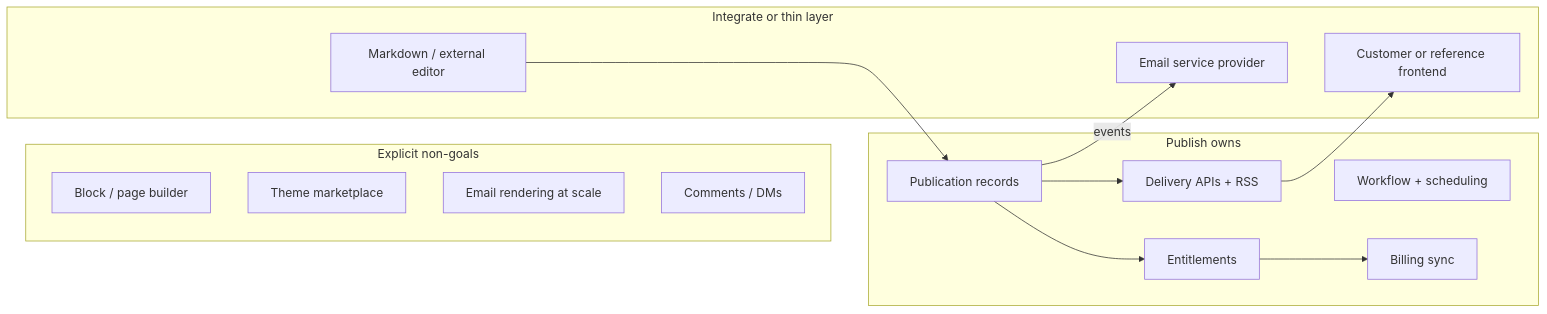
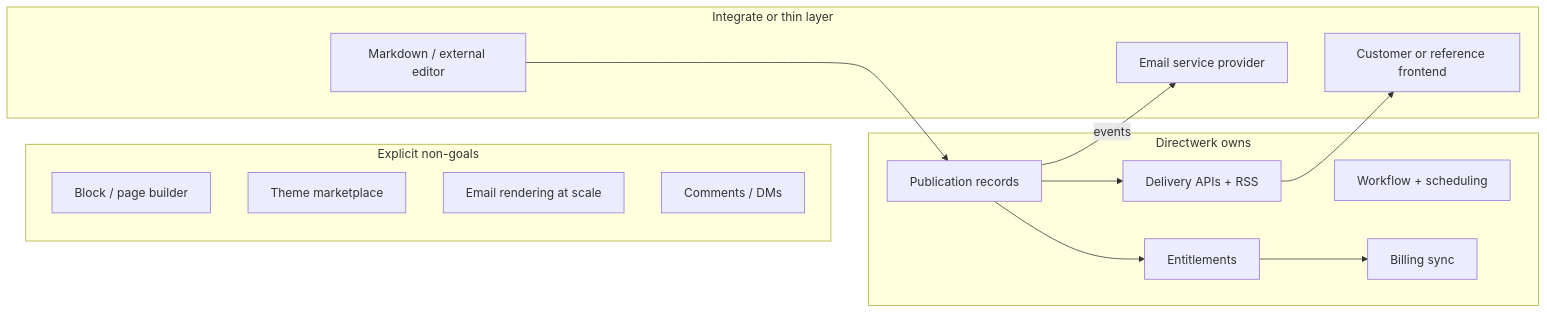
The second of 5 diagrams in docs/content-platform-strategy.md (LucaNerlich/directwerk), drawn with Mermaid before and after one commit. The commit also changed other lines of this file and 495 other files, not shown here.

Commit message:
rename publish to directwerk

````diff
--- a/docs/content-platform-strategy.md
+++ b/docs/content-platform-strategy.md
@@ -120,30 +120,30 @@
 ```mermaid
 flowchart LR
-    subgraph we_build [Publish owns]
+    subgraph we_build [Directwerk owns]
         Pub[Publication records]
         WF[Workflow + scheduling]
         Ent[Entitlements]
         Del[Delivery APIs + RSS]
         Bill[Billing sync]
     end
 
     subgraph we_dont [Explicit non-goals]
         Block[Block / page builder]
         Themes[Theme marketplace]
         EmailCore[Email rendering at scale]
         Community[Comments / DMs]
     end
 
     subgraph integrate [Integrate or thin layer]
         Editor[Markdown / external editor]
         ESP[Email service provider]
         Site[Customer or reference frontend]
     end
 
     Editor --> Pub
     Pub --> Del
     Pub --> Ent
     Ent --> Bill
     Pub -->|events| ESP
     Del --> Site
 ```
````
